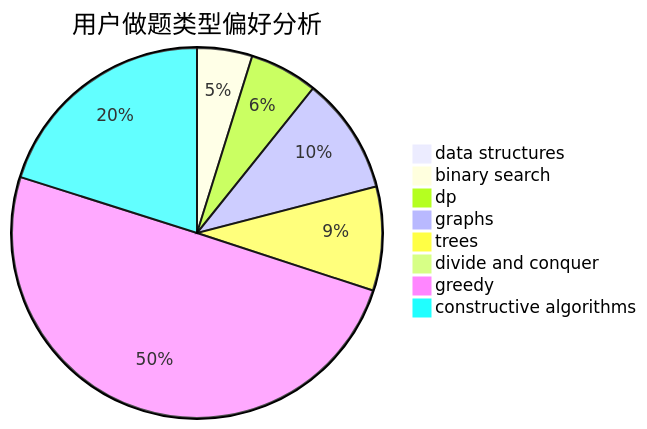
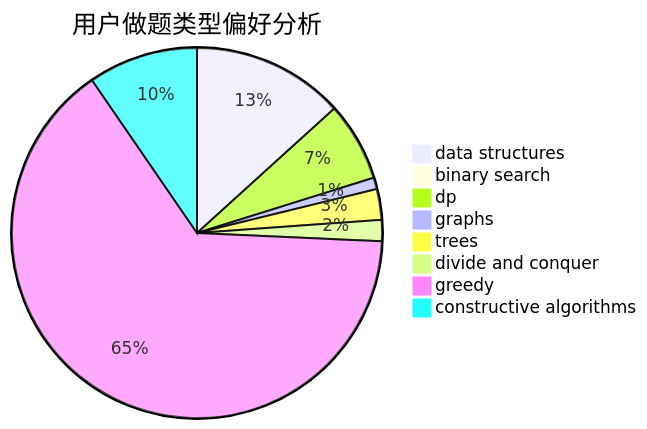
The second of 3 diagrams in docs/user/u225.md (sherpahu/cfrs.github.io), drawn with Mermaid before and after one commit. The commit also changed other lines of this file and 2770 other files, not shown here.

````diff
--- a/docs/user/u225.md
+++ b/docs/user/u225.md
@@ -23,11 +23,11 @@
 ```mermaid
 pie title 用户做题类型偏好分析
-    "data structures" :  0
-    "binary search" :  17
-    "dp" :  21
-    "graphs" :  36
-    "trees" :  32
-    "divide and conquer" :  0
-    "greedy" :  176
-    "constructive algorithms" :  71
+    "data structures" :  79
+    "binary search" :  1
+    "dp" :  41
+    "graphs" :  6
+    "trees" :  16
+    "divide and conquer" :  11
+    "greedy" :  385
+    "constructive algorithms" :  57
 ```
````
